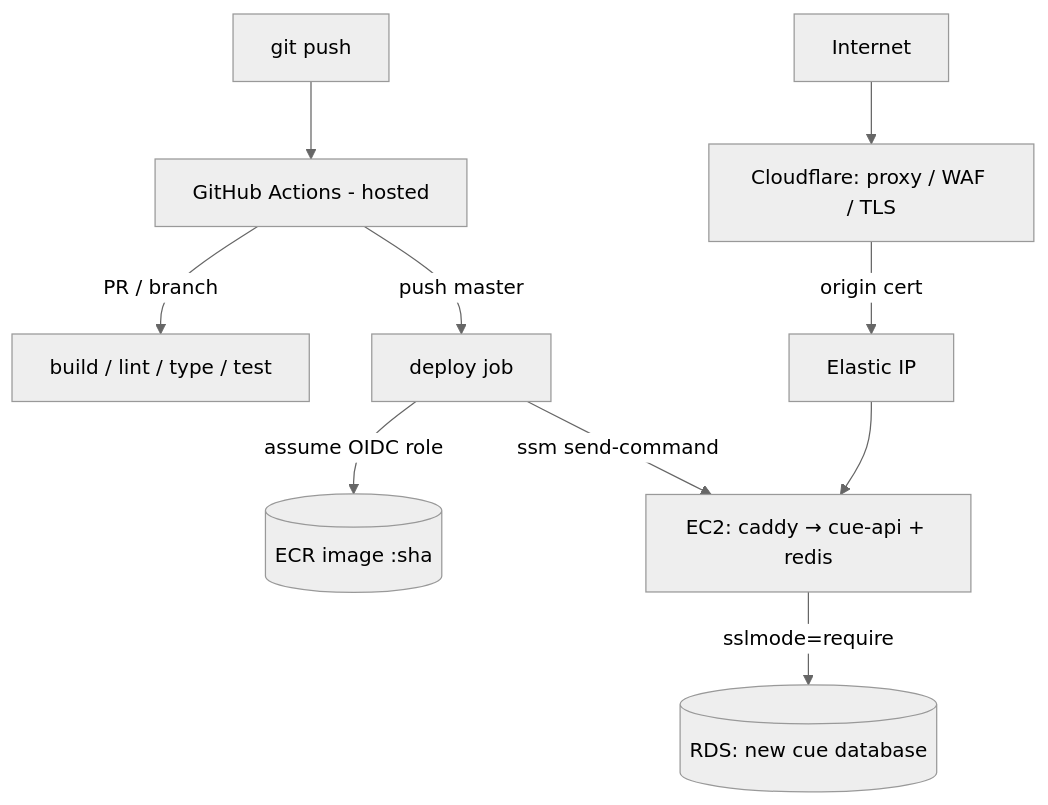
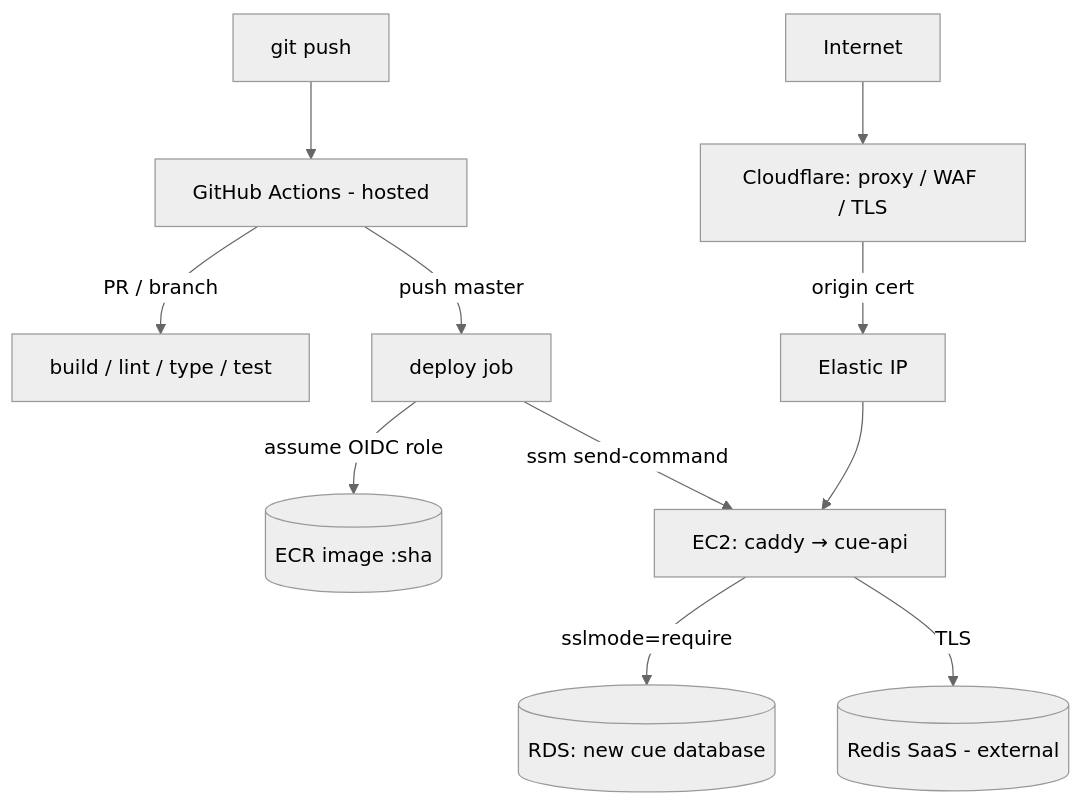
The first of 2 diagrams in docs/specs/deployment-and-cicd.md (danilmakarow/cue-api), drawn with Mermaid (neutral theme) before and after one commit. The commit also changed other lines of this file and 5 other files, not shown here.

First line of the commit message:
build: adopt tsc-alias, flatten dist, use external Redis

````diff
--- a/docs/specs/deployment-and-cicd.md
+++ b/docs/specs/deployment-and-cicd.md
@@ -45,12 +45,13 @@
 ```mermaid
 graph TD
   Dev[git push] --> GH[GitHub Actions - hosted]
   GH -->|PR / branch| CI[build / lint / type / test]
   GH -->|push master| CD[deploy job]
   CD -->|assume OIDC role| ECR[(ECR image :sha)]
   CD -->|ssm send-command| EC2
   Internet --> CF[Cloudflare: proxy / WAF / TLS]
   CF -->|origin cert| EIP[Elastic IP]
-  EIP --> EC2[EC2: caddy → cue-api + redis]
+  EIP --> EC2[EC2: caddy → cue-api]
   EC2 -->|sslmode=require| RDS[(RDS: new cue database)]
+  EC2 -->|TLS| REDIS[(Redis SaaS - external)]
 ```
````
